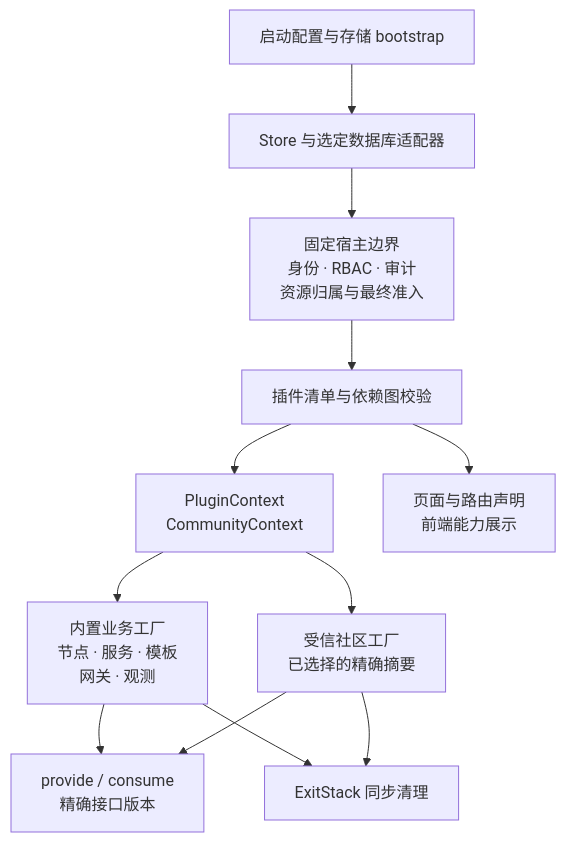
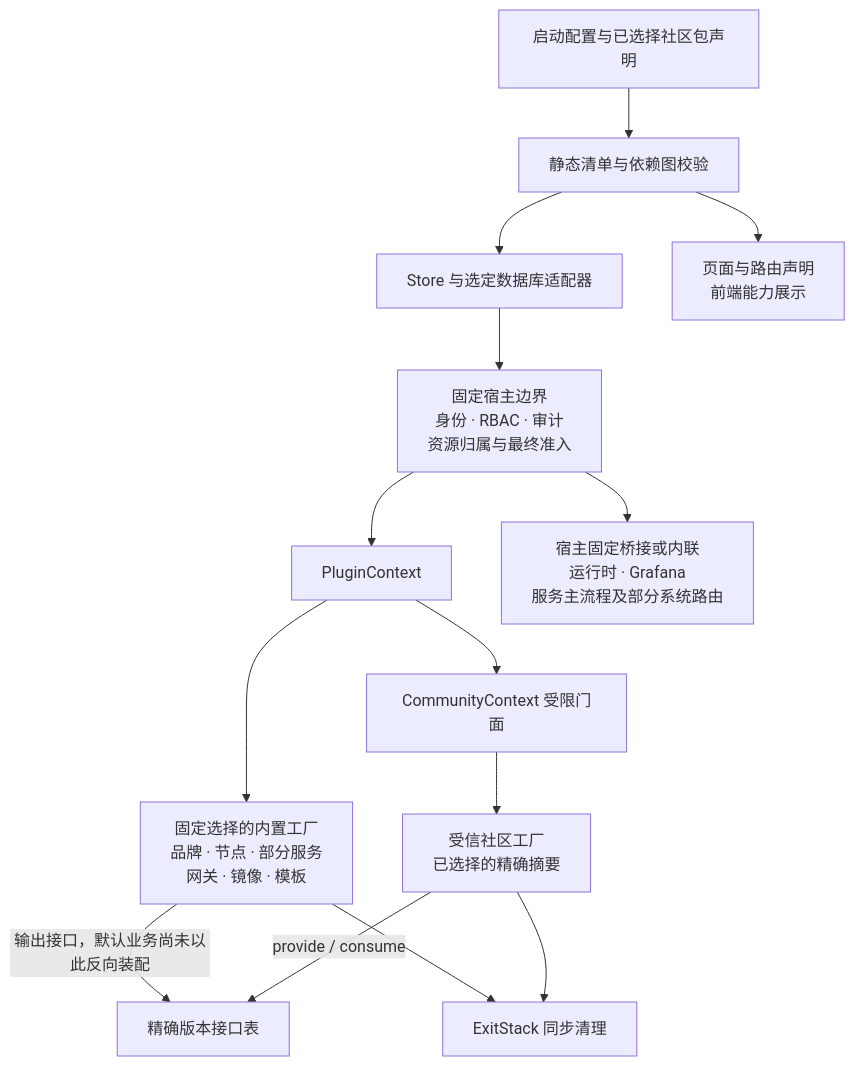
One commit to ZhengDeL/MindIE-Motor-Console changed the second of 3 diagrams in web/ARCHITECTURE.md. Above: the diagram before and after it, drawn with Mermaid. The commit also changed other lines of this file and 10 other files, not shown here.

Commit message:
docs: clarify replaceable plugin architecture and Kubernetes monitoring

````diff
--- a/web/ARCHITECTURE.md
+++ b/web/ARCHITECTURE.md
@@ -43,14 +49,16 @@
 ```mermaid
 flowchart TB
-  BOOT[启动配置与存储 bootstrap] --> ST[Store 与选定数据库适配器]
+  BOOT[启动配置与已选择社区包声明] --> HOST[静态清单与依赖图校验]
+  HOST --> ST[Store 与选定数据库适配器]
   ST --> CORE["固定宿主边界<br/>身份 · RBAC · 审计<br/>资源归属与最终准入"]
-  CORE --> HOST[插件清单与依赖图校验]
-  HOST --> CTX["PluginContext<br/>CommunityContext"]
-  CTX --> BI["内置业务工厂<br/>节点 · 服务 · 模板<br/>网关 · 观测"]
-  CTX --> CO["受信社区工厂<br/>已选择的精确摘要"]
-  BI --> IF["provide / consume<br/>精确接口版本"]
-  CO --> IF
+  CORE --> CTX[PluginContext]
+  CTX --> BI["固定选择的内置工厂<br/>品牌 · 节点 · 部分服务<br/>网关 · 镜像 · 模板"]
+  CTX --> CC[CommunityContext 受限门面]
+  CC --> CO["受信社区工厂<br/>已选择的精确摘要"]
+  BI -->|输出接口，默认业务尚未以此反向装配| IF[精确版本接口表]
+  CO -->|provide / consume| IF
+  CORE --> FIX["宿主固定桥接或内联<br/>运行时 · Grafana<br/>服务主流程及部分系统路由"]
   BI --> LIFE[ExitStack 同步清理]
   CO --> LIFE
   HOST --> UI["页面与路由声明<br/>前端能力展示"]
 ```
````
